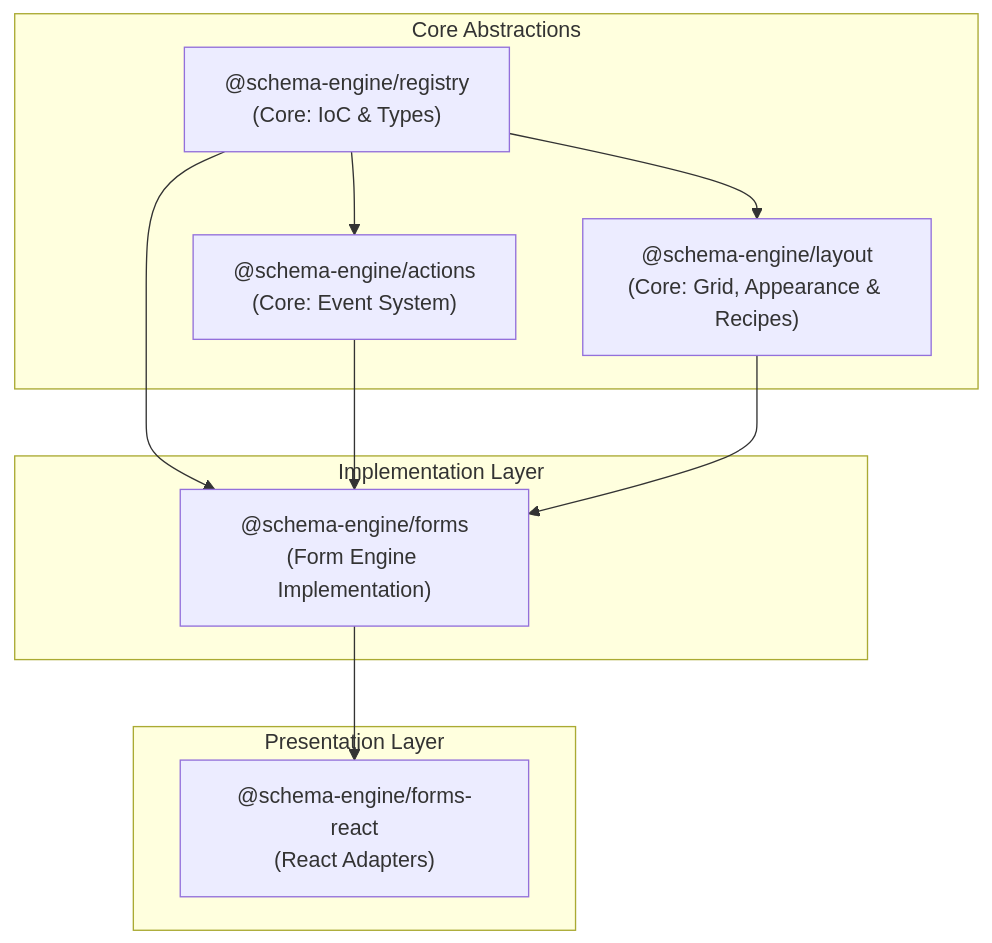
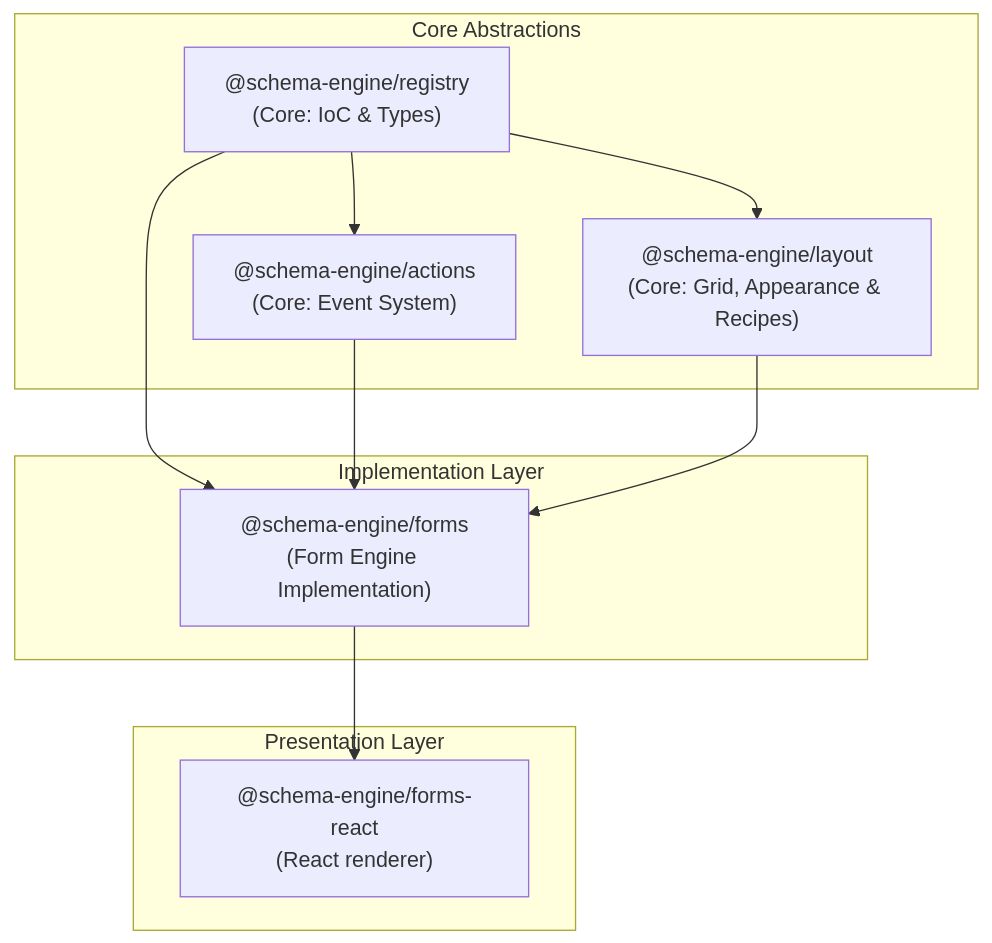
The diagram in README.md (schema-engine/schema-engine), drawn with Mermaid before and after one commit. The commit also changed other lines of this file and 5 other files, not shown here.

````diff
--- a/README.md
+++ b/README.md
@@ -129,23 +129,23 @@
 ```mermaid
 graph TD
     subgraph Core ["Core Abstractions"]
         Registry["@schema-engine/registry<br/>(Core: IoC & Types)"]
         Actions["@schema-engine/actions<br/>(Core: Event System)"]
         Layout["@schema-engine/layout<br/>(Core: Grid, Appearance & Recipes)"]
     end
 
     subgraph Implementation ["Implementation Layer"]
         Forms["@schema-engine/forms<br/>(Form Engine Implementation)"]
     end
 
     subgraph Presentation ["Presentation Layer"]
-        React["@schema-engine/forms-react<br/>(React Adapters)"]
+        React["@schema-engine/forms-react<br/>(React renderer)"]
     end
 
     Registry --> Actions
     Registry --> Layout
     Registry --> Forms
     Actions --> Forms
     Layout --> Forms
     Forms --> React
 ```
````
